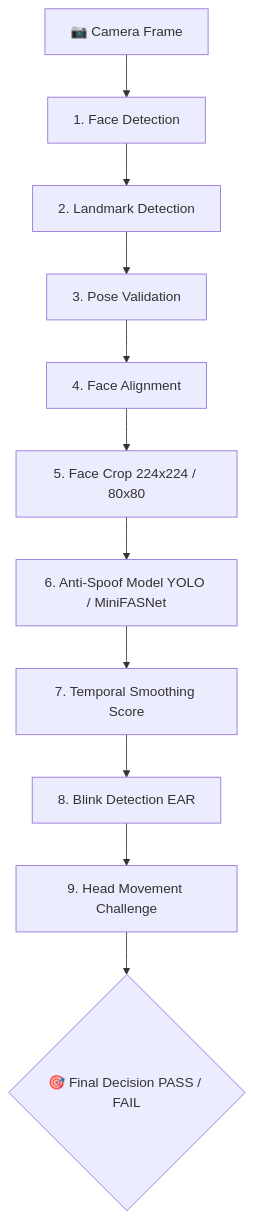
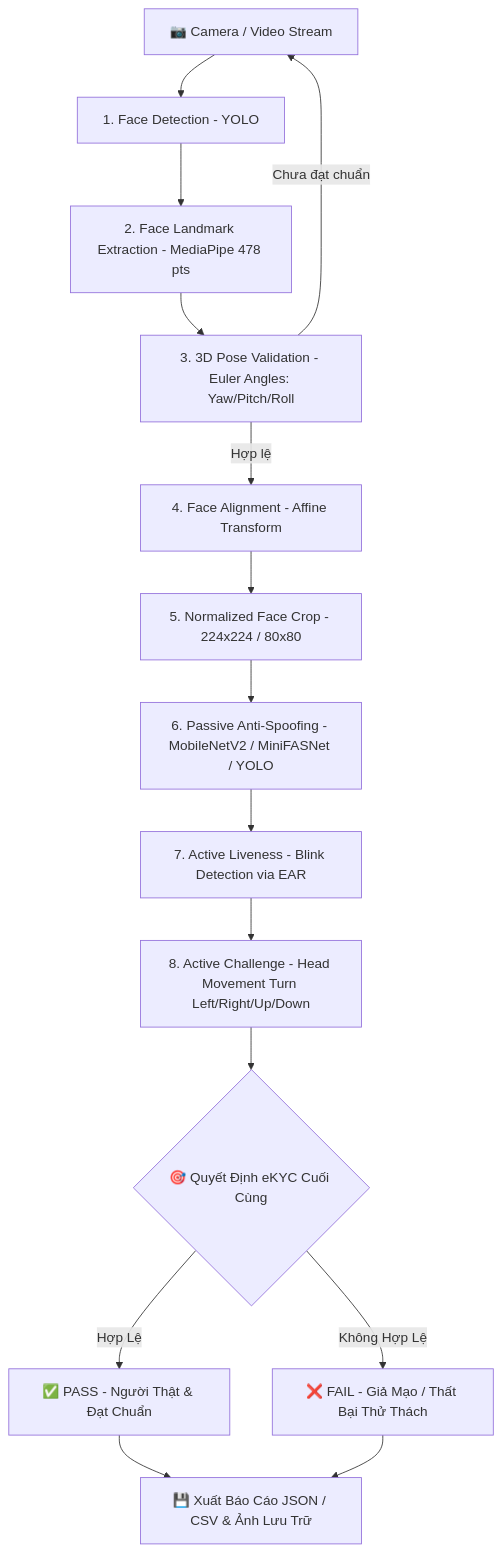
One commit to GiantKy/Face_project changed the diagram in TEST_NOTES.md. Above: the diagram before and after it, drawn with Mermaid. The commit also changed other lines of this file and 19 other files, not shown here.

Commit message:
feat: implement MiniFASNetV2 architecture, head movement detector, and comprehensive test suite for the anti-spoofing pipeline

````diff
--- a/TEST_NOTES.md
+++ b/TEST_NOTES.md
@@ -25,13 +25,17 @@
 ```mermaid
 flowchart TD
-    A[📷 Camera Frame] --> B[1. Face Detection]
-    B --> C[2. Landmark Detection]
-    C --> D[3. Pose Validation]
-    D --> E[4. Face Alignment]
-    E --> F[5. Face Crop 224x224 / 80x80]
-    F --> G[6. Anti-Spoof Model YOLO / MiniFASNet]
-    G --> H[7. Temporal Smoothing Score]
-    H --> I[8. Blink Detection EAR]
-    I --> J[9. Head Movement Challenge]
-    J --> K{🎯 Final Decision PASS / FAIL}
+    A[📷 Camera / Video Stream] --> B[1. Face Detection - YOLO]
+    B --> C[2. Face Landmark Extraction - MediaPipe 478 pts]
+    C --> D[3. 3D Pose Validation - Euler Angles: Yaw/Pitch/Roll]
+    D -->|Chưa đạt chuẩn| A
+    D -->|Hợp lệ| E[4. Face Alignment - Affine Transform]
+    E --> F[5. Normalized Face Crop - 224x224 / 80x80]
+    F --> G[6. Passive Anti-Spoofing - MobileNetV2 / MiniFASNet / YOLO]
+    G --> H[7. Active Liveness - Blink Detection via EAR]
+    H --> I[8. Active Challenge - Head Movement Turn Left/Right/Up/Down]
+    I --> J{🎯 Quyết Định eKYC Cuối Cùng}
+    J -->|Hợp Lệ| K[✅ PASS - Người Thật & Đạt Chuẩn]
+    J -->|Không Hợp Lệ| L[❌ FAIL - Giả Mạo / Thất Bại Thử Thách]
+    K --> M[💾 Xuất Báo Cáo JSON / CSV & Ảnh Lưu Trữ]
+    L --> M
 ```
````
